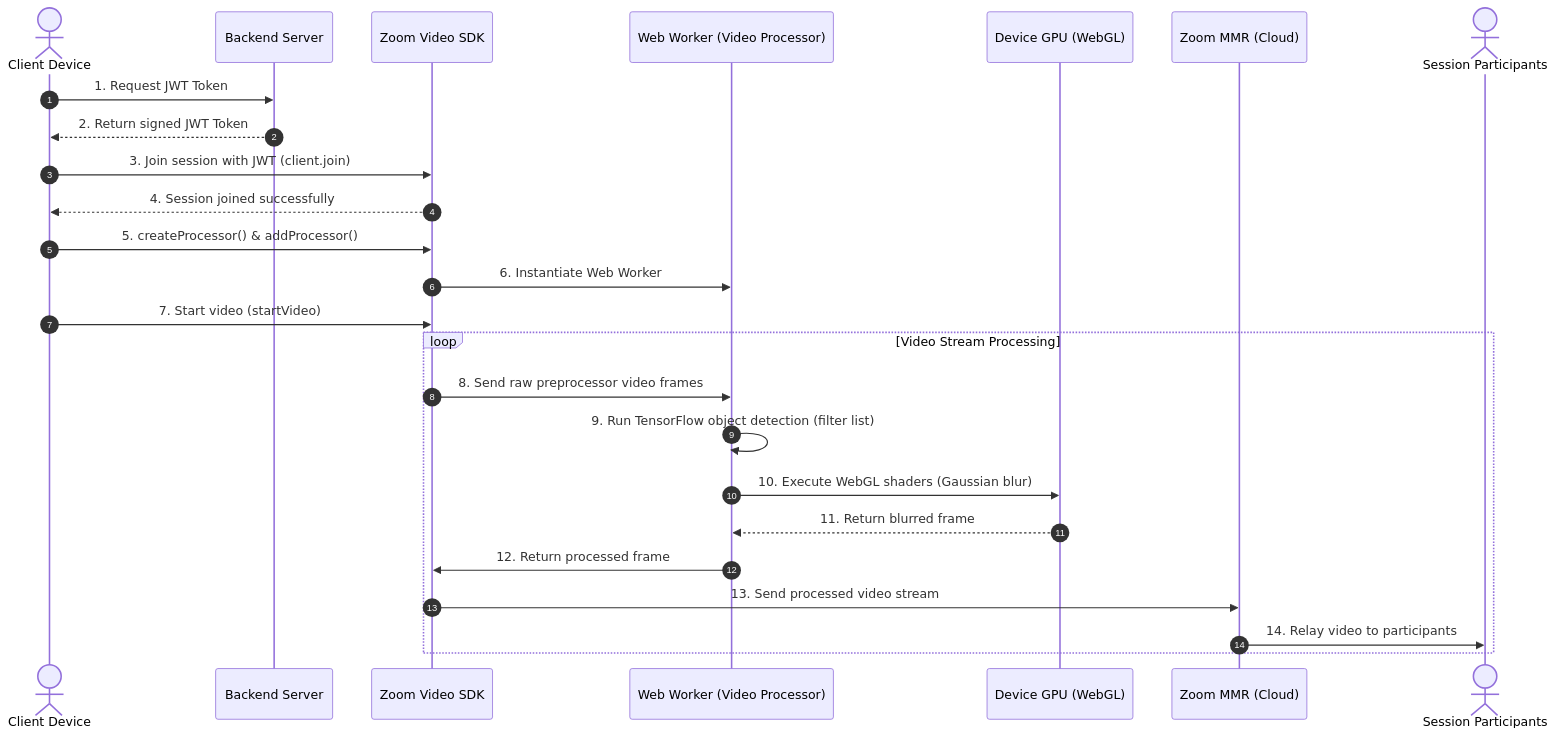
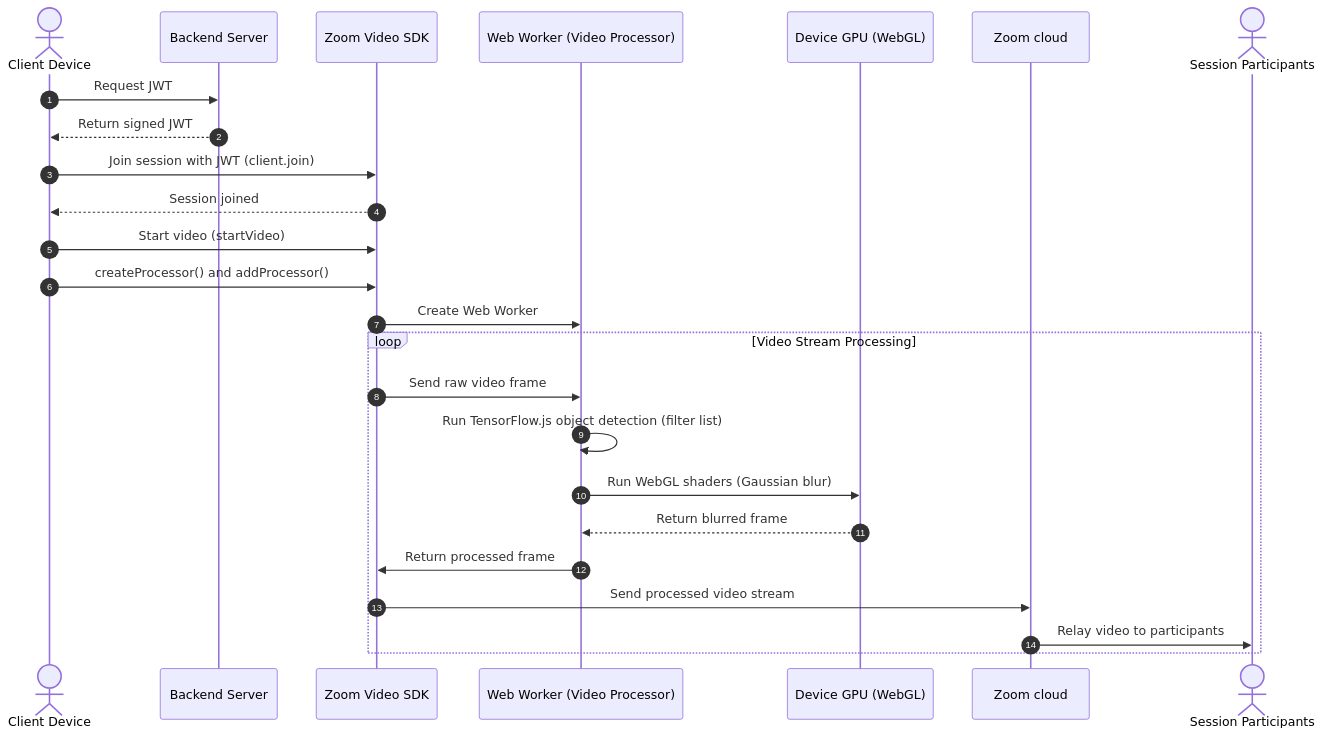
The first of 2 diagrams in blueprints/content-moderation-and-detection/index.md (zoom/blueprints), drawn with Mermaid before and after one commit. The commit also changed other lines of this file, not shown here.

First line of the commit message:
content-moderation-and-detection: match the sample and add run steps

````diff
--- a/blueprints/content-moderation-and-detection/index.md
+++ b/blueprints/content-moderation-and-detection/index.md
@@ -59,28 +55,28 @@
 ```mermaid
 sequenceDiagram
     autonumber
     actor User as Client Device
     participant Backend as Backend Server
     participant SDK as Zoom Video SDK
     participant Worker as Web Worker (Video Processor)
     participant GPU as Device GPU (WebGL)
-    participant MMR as Zoom MMR (Cloud)
+    participant MMR as Zoom cloud
     actor Peers as Session Participants
 
-    User->>Backend: 1. Request JWT Token
-    Backend-->>User: 2. Return signed JWT Token
-    User->>SDK: 3. Join session with JWT (client.join)
-    SDK-->>User: 4. Session joined successfully
-    User->>SDK: 5. createProcessor() & addProcessor()
-    SDK->>Worker: 6. Instantiate Web Worker
-    User->>SDK: 7. Start video (startVideo)
+    User->>Backend: Request JWT
+    Backend-->>User: Return signed JWT
+    User->>SDK: Join session with JWT (client.join)
+    SDK-->>User: Session joined
+    User->>SDK: Start video (startVideo)
+    User->>SDK: createProcessor() and addProcessor()
+    SDK->>Worker: Create Web Worker
     loop Video Stream Processing
-        SDK->>Worker: 8. Send raw preprocessor video frames
-        Worker->>Worker: 9. Run TensorFlow object detection (filter list)
-        Worker->>GPU: 10. Execute WebGL shaders (Gaussian blur)
-        GPU-->>Worker: 11. Return blurred frame
-        Worker->>SDK: 12. Return processed frame
-        SDK->>MMR: 13. Send processed video stream
-        MMR->>Peers: 14. Relay video to participants
+        SDK->>Worker: Send raw video frame
+        Worker->>Worker: Run TensorFlow.js object detection (filter list)
+        Worker->>GPU: Run WebGL shaders (Gaussian blur)
+        GPU-->>Worker: Return blurred frame
+        Worker->>SDK: Return processed frame
+        SDK->>MMR: Send processed video stream
+        MMR->>Peers: Relay video to participants
     end
 ```
````
